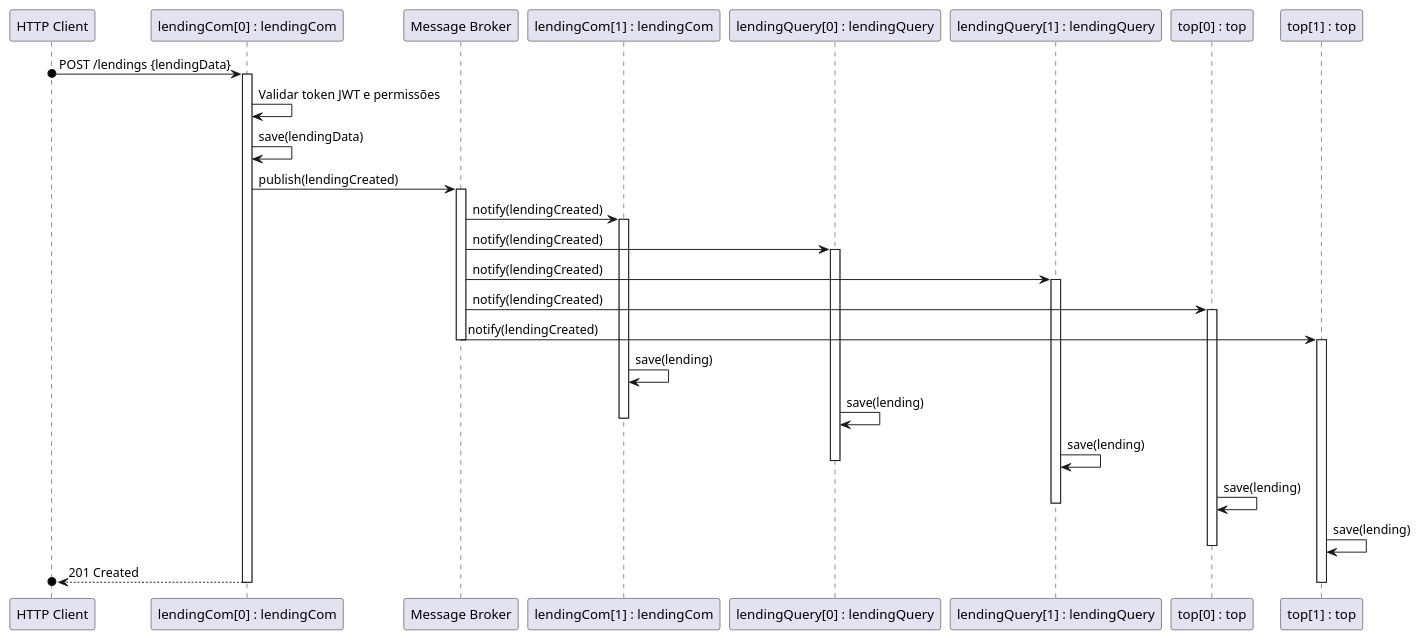
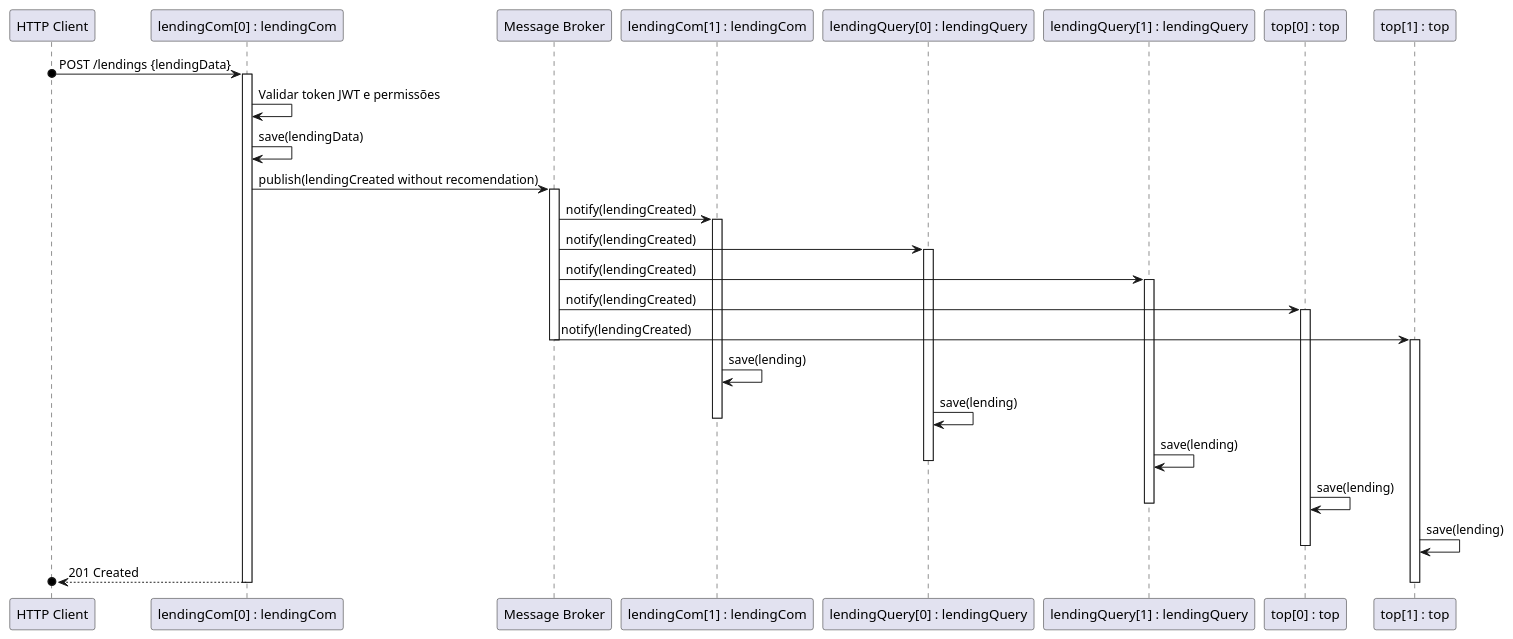
Before and after one commit to GitHubCatarina/SIDIS: the diagram in Docs/Design/Entrega3/Vistas de Processos/Nível 2/Comunicacao_2_Microservico.puml, drawn with PlantUML. The commit also changed 10 other files, not shown here.

```diff
--- a/Docs/Design/Entrega3/Vistas de Processos/Nível 2/Comunicacao_2_Microservico.puml
+++ b/Docs/Design/Entrega3/Vistas de Processos/Nível 2/Comunicacao_2_Microservico.puml
@@ -1,57 +1,58 @@
 @startuml
 ' Definindo os participantes
 participant "HTTP Client" as client
 participant "lendingCom[0] : lendingCom" as lending0
 participant "Message Broker" as mb
 participant "lendingCom[1] : lendingCom" as lending1
 participant "lendingQuery[0] : lendingQuery" as lending01
+participant "lendingQuery[1] : lendingQuery" as lending11
 participant "lendingQuery[1] : lendingQuery" as lending11
 participant "top[0] : top" as top0
 participant "top[1] : top" as top1
 
 
 ' O cliente faz uma requisição para criar um novo leitor
 client o-> lending0: POST /lendings {lendingData}
 activate lending0
 
 ' O lending Service valida o token e permissões localmente
 lending0 -> lending0: Validar token JWT e permissões
 
 ' Verifica as permissões e cria o leitor
 lending0 -> lending0: save(lendingData)
 
-lending0 -> mb: publish(lendingCreated)
+lending0 -> mb: publish(lendingCreated without recomendation)
 activate mb
 
 ' Replicando dados para a outra instância (espelhamento)
 mb -> lending1: notify(lendingCreated)
 activate lending1
 mb -> lending01: notify(lendingCreated)
 activate lending01
 mb -> lending11: notify(lendingCreated)
 activate lending11
 mb -> top0: notify(lendingCreated)
 activate top0
 mb -> top1: notify(lendingCreated)
 deactivate mb
 
 activate top1
 
 
 
 lending1 -> lending1: save(lending)
 lending01 -> lending01: save(lending)
 deactivate lending1
 lending11 -> lending11: save(lending)
 deactivate lending01
 top0 -> top0: save(lending)
 deactivate lending11
 top1 -> top1: save(lending)
 deactivate top0
 
 
 ' Responder ao cliente com sucesso final após a replicação
 lending0 -->o client: 201 Created
 deactivate top1
 deactivate lending0
 @enduml
```
